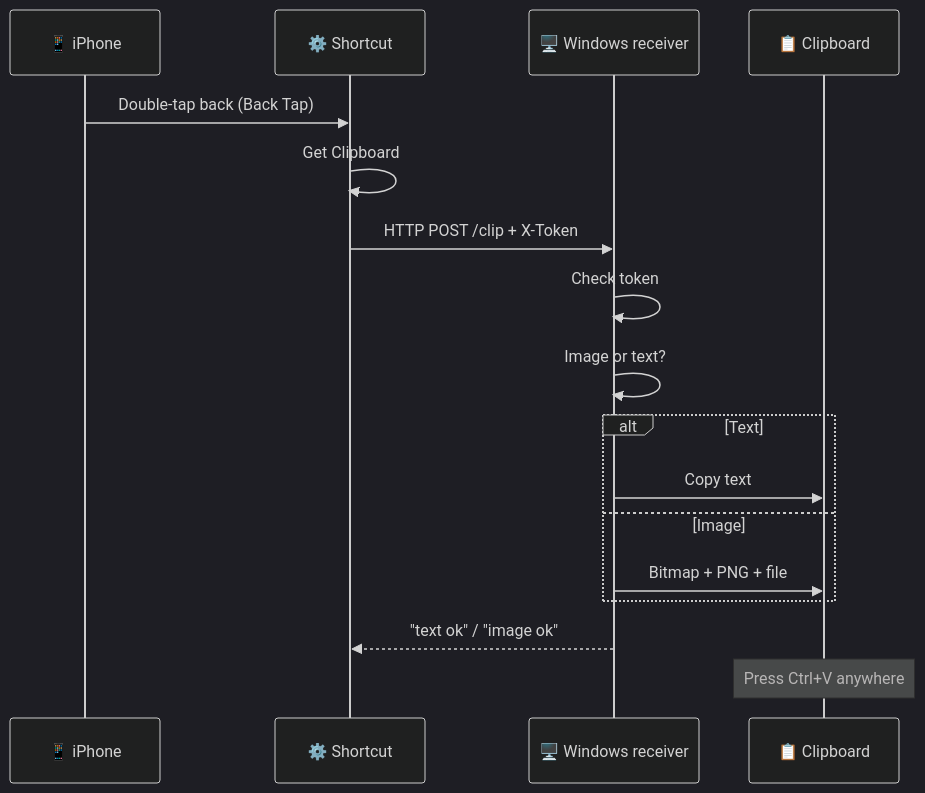
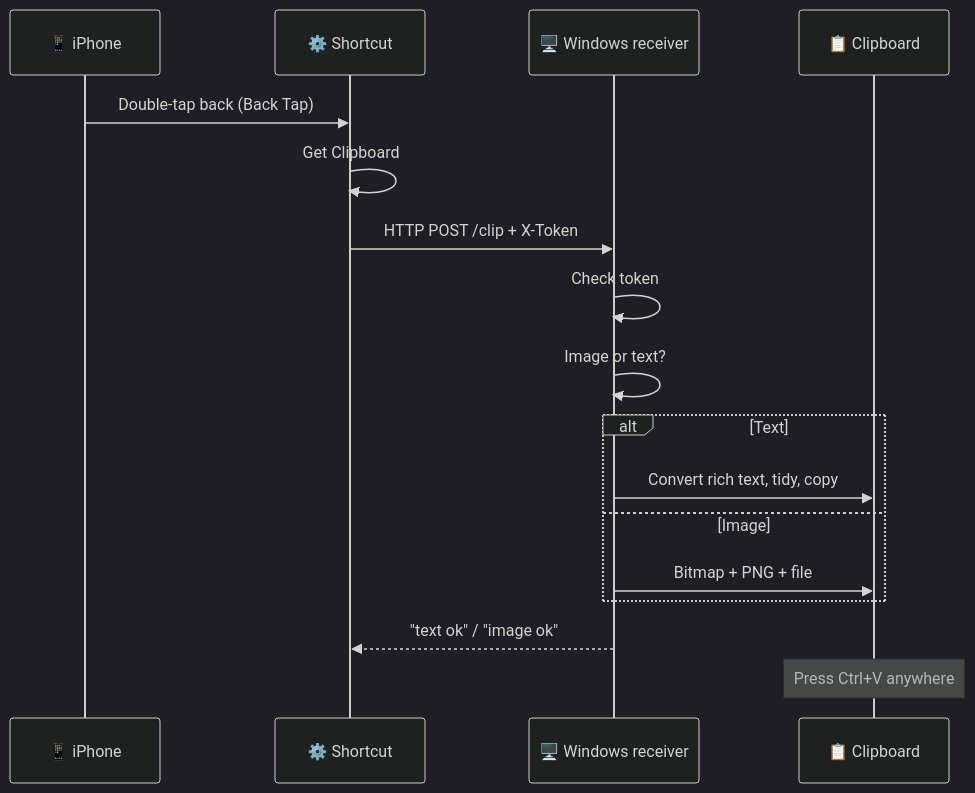
The diagram in README.md (piyushdev0204/ClipBridge), drawn with Mermaid (dark theme) before and after one commit. The commit also changed other lines of this file, not shown here.

````diff
--- a/README.md
+++ b/README.md
@@ -41,20 +42,20 @@
 ```mermaid
 sequenceDiagram
     participant P as 📱 iPhone
     participant S as ⚙️ Shortcut
     participant W as 🖥️ Windows receiver
     participant C as 📋 Clipboard
 
     P->>S: Double-tap back (Back Tap)
     S->>S: Get Clipboard
     S->>W: HTTP POST /clip + X-Token
     W->>W: Check token
     W->>W: Image or text?
     alt Text
-        W->>C: Copy text
+        W->>C: Convert rich text, tidy, copy
     else Image
         W->>C: Bitmap + PNG + file
     end
     W-->>S: "text ok" / "image ok"
     Note over C: Press Ctrl+V anywhere
 ```
````
